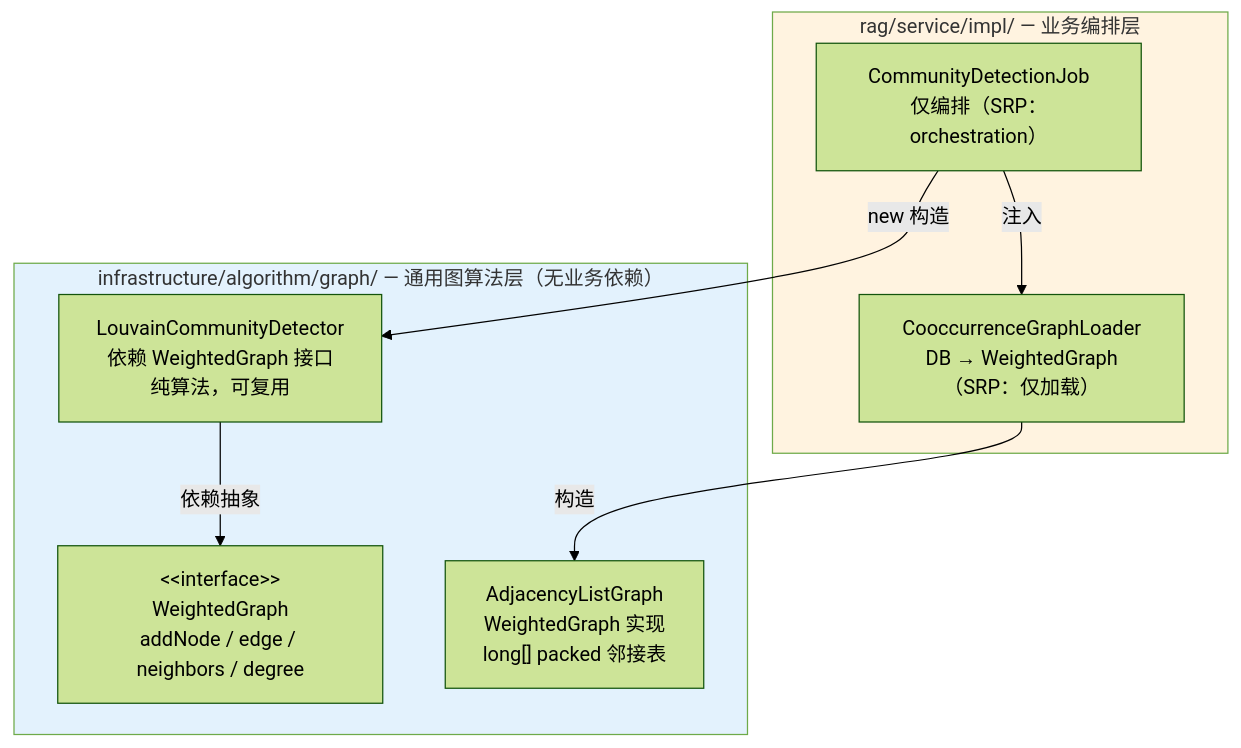
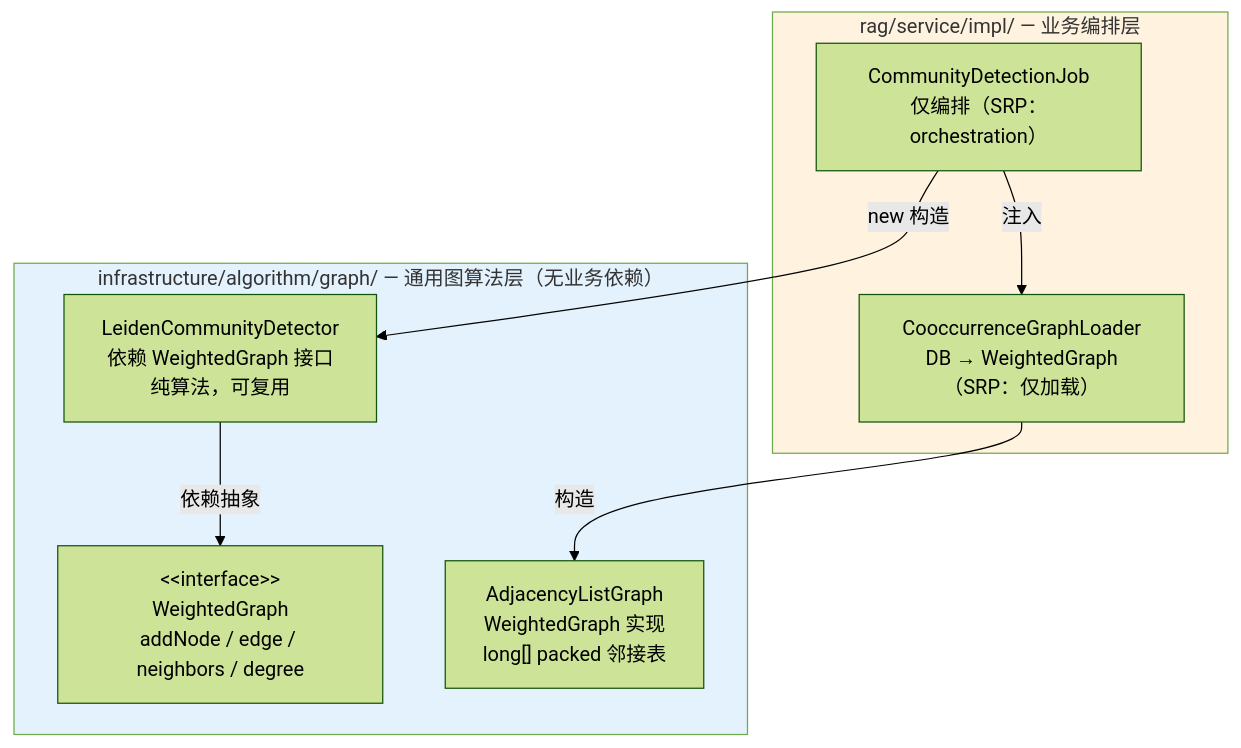
One commit to 343242/deepseek-chat-demo changed the second of 4 diagrams in docs/design/entity-centric-retrieval.md. Above: the diagram before and after it, drawn with Mermaid (forest theme). The commit also changed other lines of this file and 24 other files, not shown here.

First line of the commit message:
feat(rag): replace Louvain with Leiden community detection (γ-connected)

````diff
--- a/docs/design/entity-centric-retrieval.md
+++ b/docs/design/entity-centric-retrieval.md
@@ -442,18 +442,18 @@
 ```mermaid
 flowchart TB
     subgraph INFRA["infrastructure/algorithm/graph/ — 通用图算法层（无业务依赖）"]
         WG["&lt;&lt;interface&gt;&gt;<br/>WeightedGraph<br/>addNode / edge / neighbors / degree"]
         ALG["AdjacencyListGraph<br/>WeightedGraph 实现<br/>long[] packed 邻接表"]
-        LOU["LouvainCommunityDetector<br/>依赖 WeightedGraph 接口<br/>纯算法，可复用"]
+        LOU["LeidenCommunityDetector<br/>依赖 WeightedGraph 接口<br/>纯算法，可复用"]
     end
     subgraph RAG["rag/service/impl/ — 业务编排层"]
         CGL["CooccurrenceGraphLoader<br/>DB → WeightedGraph（SRP：仅加载）"]
         CDJ["CommunityDetectionJob<br/>仅编排（SRP：orchestration）"]
     end
     CDJ -->|注入| CGL
     CGL -->|构造| ALG
     CDJ -->|new 构造| LOU
     LOU -->|依赖抽象| WG
     style INFRA fill:#e3f2fd
     style RAG fill:#fff3e0
 ```
````
